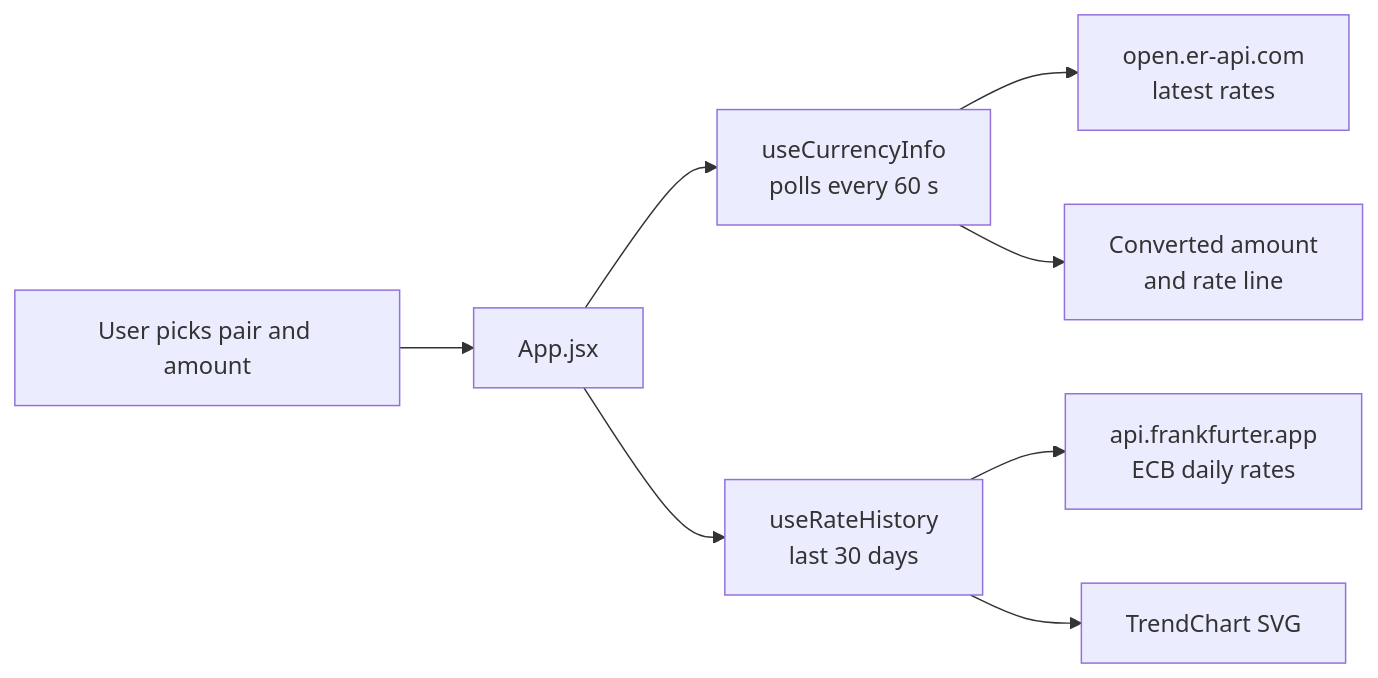
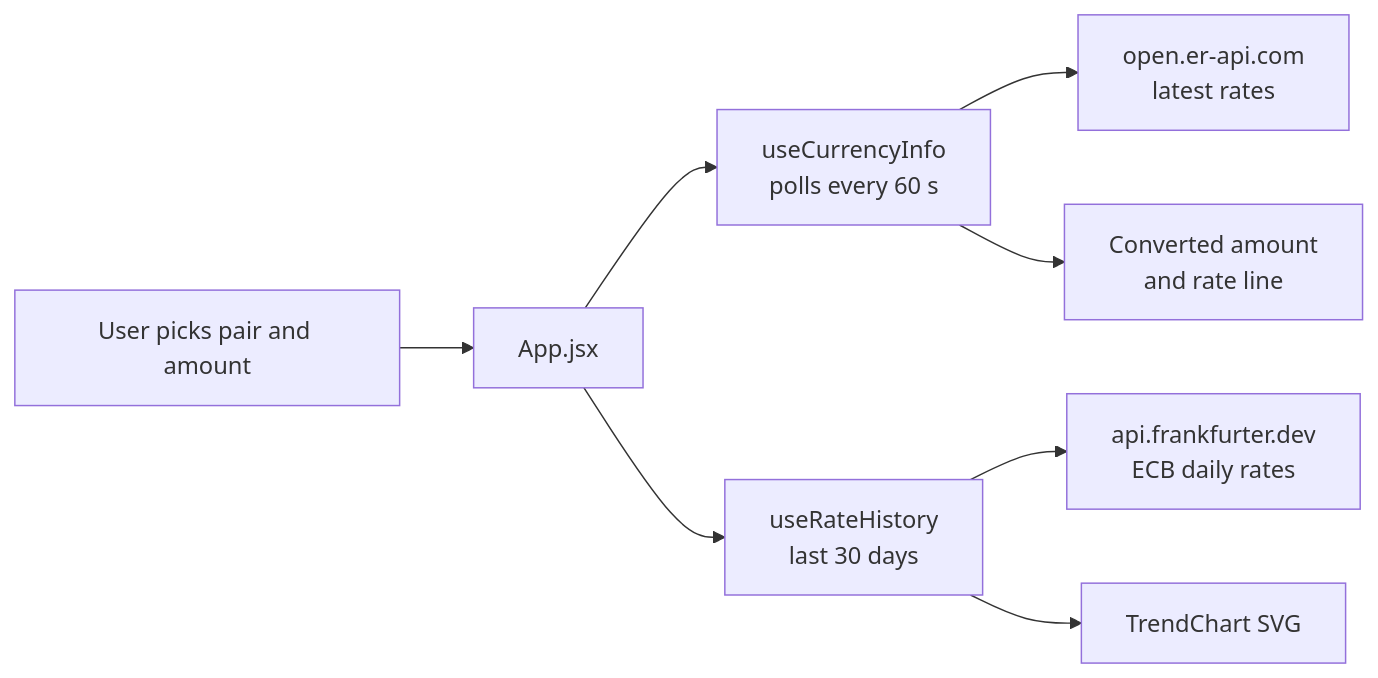
Before and after one commit to Rahul-web01/Currency-Exchange-App: the diagram in README.md, drawn with Mermaid. The commit also changed other lines of this file and 2 other files, not shown here.

First line of the commit message:
Fix trend chart by using the new Frankfurter API address

````diff
--- a/README.md
+++ b/README.md
@@ -39,10 +39,10 @@
 ```mermaid
 flowchart LR
     U[User picks pair and amount] --> A[App.jsx]
     A --> L[useCurrencyInfo<br/>polls every 60 s]
     A --> H[useRateHistory<br/>last 30 days]
     L --> E[open.er-api.com<br/>latest rates]
-    H --> F[api.frankfurter.app<br/>ECB daily rates]
+    H --> F[api.frankfurter.dev<br/>ECB daily rates]
     L --> C[Converted amount<br/>and rate line]
     H --> T[TrendChart SVG]
 ```
````
